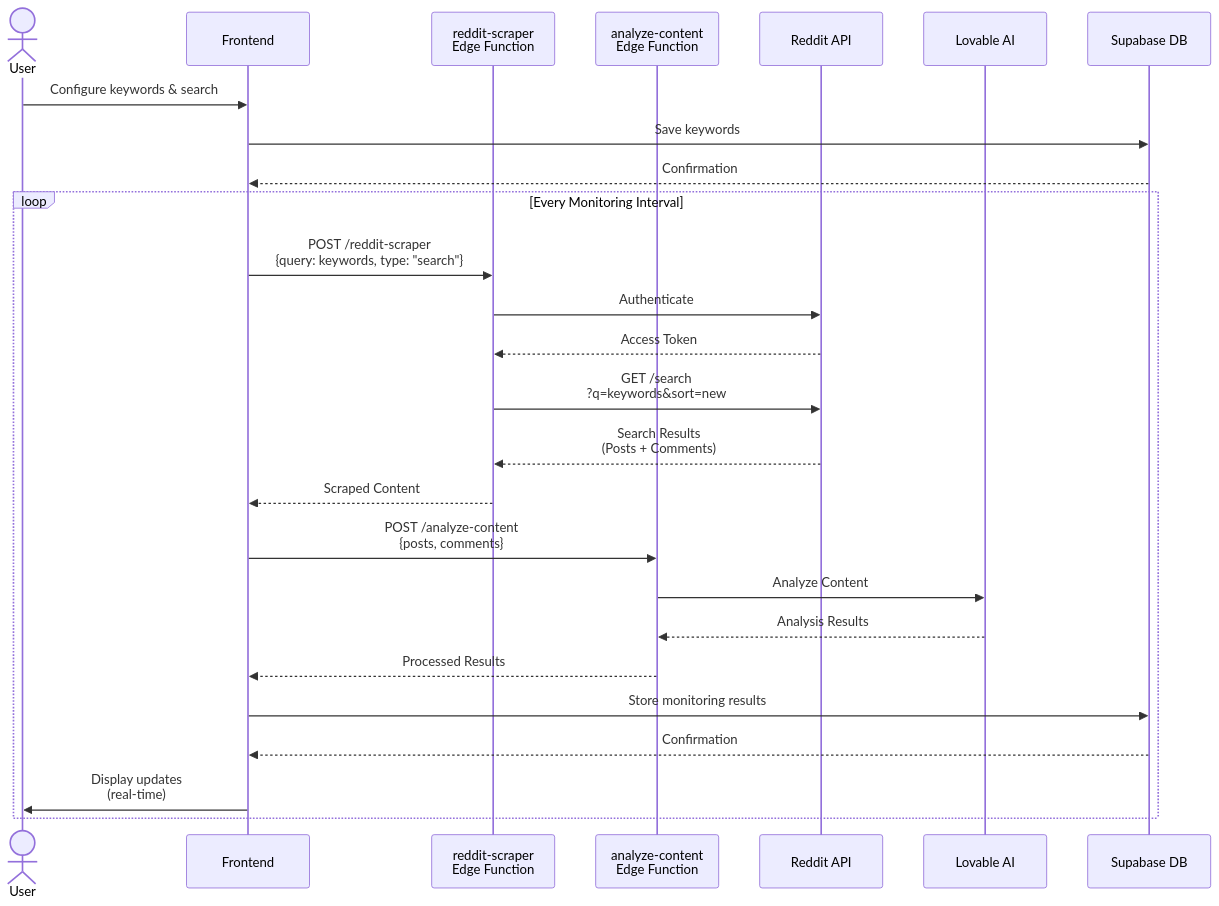
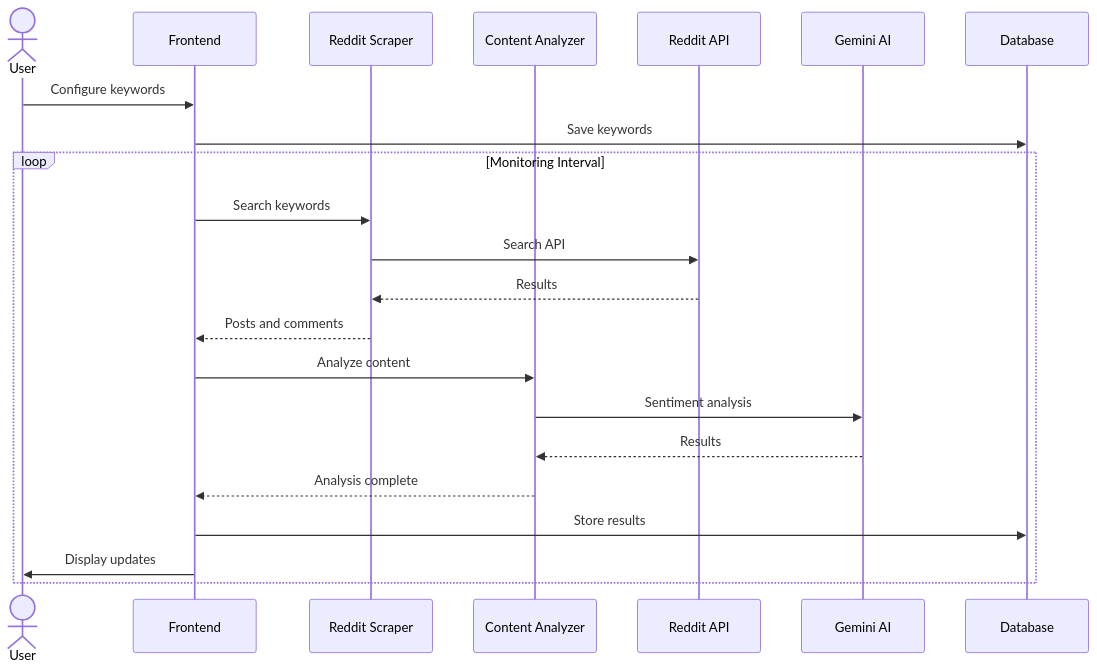
The second of 3 diagrams in diagrams/sequence-diagram.md (Andy-Alferdo/reddit-sleuth-forensics-web), drawn with Mermaid before and after one commit. The commit also changed other lines of this file and 3 other files, not shown here.

Commit message:
Fix diagram code

````diff
--- a/diagrams/sequence-diagram.md
+++ b/diagrams/sequence-diagram.md
@@ -57,38 +42,28 @@
 ```mermaid
 sequenceDiagram
     actor User
     participant Frontend
-    participant RedditScraper as reddit-scraper<br/>Edge Function
-    participant AnalyzeContent as analyze-content<br/>Edge Function
-    participant RedditAPI as Reddit API
-    participant LovableAI as Lovable AI
-    participant Database as Supabase DB
+    participant Scraper as Reddit Scraper
+    participant Analyzer as Content Analyzer
+    participant Reddit as Reddit API
+    participant AI as Gemini AI
+    participant DB as Database
     
-    User->>Frontend: Configure keywords & search
-    Frontend->>Database: Save keywords
-    Database-->>Frontend: Confirmation
+    User->>Frontend: Configure keywords
+    Frontend->>DB: Save keywords
     
-    loop Every Monitoring Interval
-        Frontend->>RedditScraper: POST /reddit-scraper<br/>{query: keywords, type: "search"}
+    loop Monitoring Interval
+        Frontend->>Scraper: Search keywords
+        Scraper->>Reddit: Search API
+        Reddit-->>Scraper: Results
+        Scraper-->>Frontend: Posts and comments
         
-        RedditScraper->>RedditAPI: Authenticate
-        RedditAPI-->>RedditScraper: Access Token
+        Frontend->>Analyzer: Analyze content
+        Analyzer->>AI: Sentiment analysis
+        AI-->>Analyzer: Results
+        Analyzer-->>Frontend: Analysis complete
         
-        RedditScraper->>RedditAPI: GET /search<br/>?q=keywords&sort=new
-        RedditAPI-->>RedditScraper: Search Results<br/>(Posts + Comments)
-        
-        RedditScraper-->>Frontend: Scraped Content
-        
-        Frontend->>AnalyzeContent: POST /analyze-content<br/>{posts, comments}
-        
-        AnalyzeContent->>LovableAI: Analyze Content
-        LovableAI-->>AnalyzeContent: Analysis Results
-        
-        AnalyzeContent-->>Frontend: Processed Results
-        
-        Frontend->>Database: Store monitoring results
-        Database-->>Frontend: Confirmation
-        
-        Frontend->>User: Display updates<br/>(real-time)
+        Frontend->>DB: Store results
+        Frontend->>User: Display updates
     end
 ```
````
